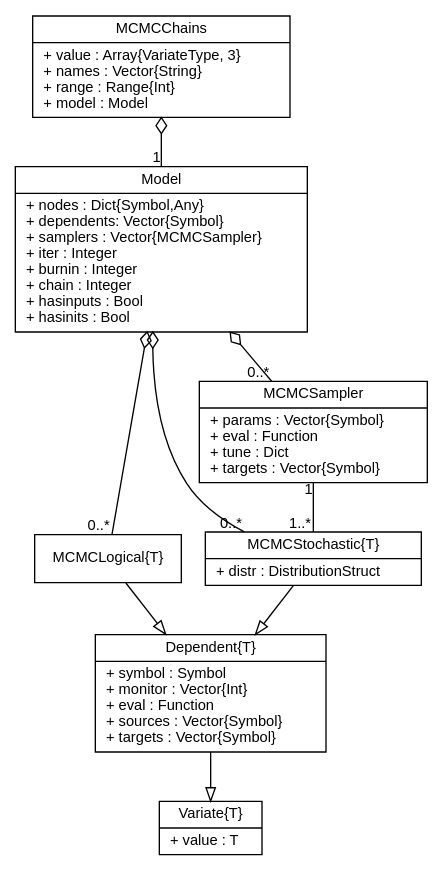
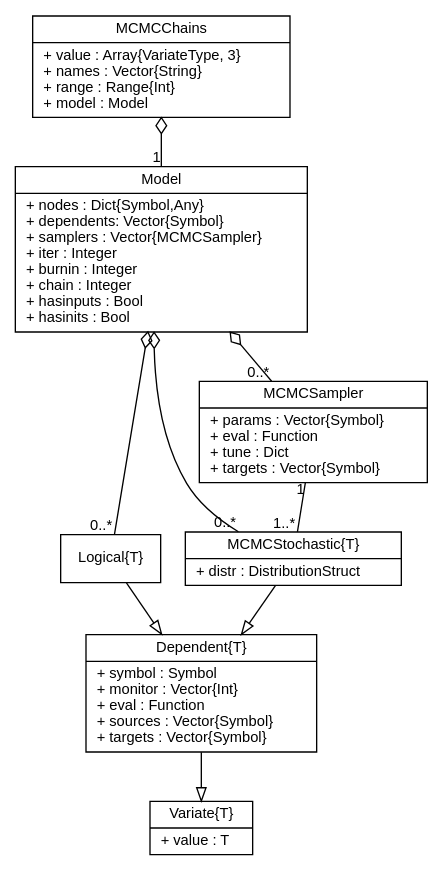
Before and after one commit to brian-j-smith/Mamba.jl: the diagram in doc/images/mcmcUML.dot, drawn with Graphviz. The commit also changed 25 other files, not shown here.

Commit message:
Rename MCMCLogical type to Logical.

```diff
--- a/doc/images/mcmcUML.dot
+++ b/doc/images/mcmcUML.dot
@@ -1,34 +1,34 @@
 graph MCMC {
 	fontname = "Helvetica"
 	fontsize = 11
 	overlap = scalexy
 	sep = "+0,26"
 
 	node [fontname = "Helvetica", fontsize = 11, shape = record]
 
 	edge [fontname = "Helvetica", fontsize = 11, dir = both, arrowtail = none, arrowhead = none]
 
 	Variate [label = "{Variate\{T\}|+ value : T\l}"]
 
 	Dependent [label = "{Dependent\{T\}|+ symbol : Symbol\l+ monitor : Vector\{Int\}\l+ eval : Function\l+ sources : Vector\{Symbol\}\l+ targets : Vector\{Symbol\}\l}"]
 	
-	MCMCLogical [label = "{MCMCLogical\{T\}}"]
+	Logical [label = "{Logical\{T\}}"]
 	
 	MCMCStochastic [label = "{MCMCStochastic\{T\}|+ distr : DistributionStruct\l}"]
 
 	MCMCSampler [label = "{MCMCSampler|+ params : Vector\{Symbol\}\l+ eval : Function\l+ tune : Dict\l+ targets : Vector\{Symbol\}\l}"]
 	
 	Model [label = "{Model|+ nodes : Dict\{Symbol,Any\}\l+ dependents: Vector\{Symbol\}\l+ samplers : Vector\{MCMCSampler\}\l+ iter : Integer\l+ burnin : Integer\l+ chain : Integer\l+ hasinputs : Bool\l+ hasinits : Bool\l}"]
 	
 	MCMCChains [label = "{MCMCChains|+ value : Array\{VariateType, 3\}\l+ names : Vector\{String\}\l+ range : Range\{Int\}\l+ model : Model\l}"]
 
 	Dependent -- Variate[len = 0.9, arrowhead = empty]
-	MCMCLogical -- Dependent[arrowhead = empty]
+	Logical -- Dependent[arrowhead = empty]
 	MCMCStochastic -- Dependent[arrowhead = empty]
 	MCMCSampler -- MCMCStochastic[len = 1.2, taillabel = "1", headlabel = "1..*"]
 	Model -- MCMCSampler[arrowtail = odiamond, headlabel = "0..*"]
-	Model -- MCMCLogical[arrowtail = odiamond, headlabel = "0..*"]
+	Model -- Logical[arrowtail = odiamond, headlabel = "0..*"]
 	Model -- MCMCStochastic[arrowtail = odiamond, headlabel = "0..*"]
 	MCMCChains -- Model[len = 1.2, arrowtail = odiamond, headlabel = "1"]
 
 }
```
